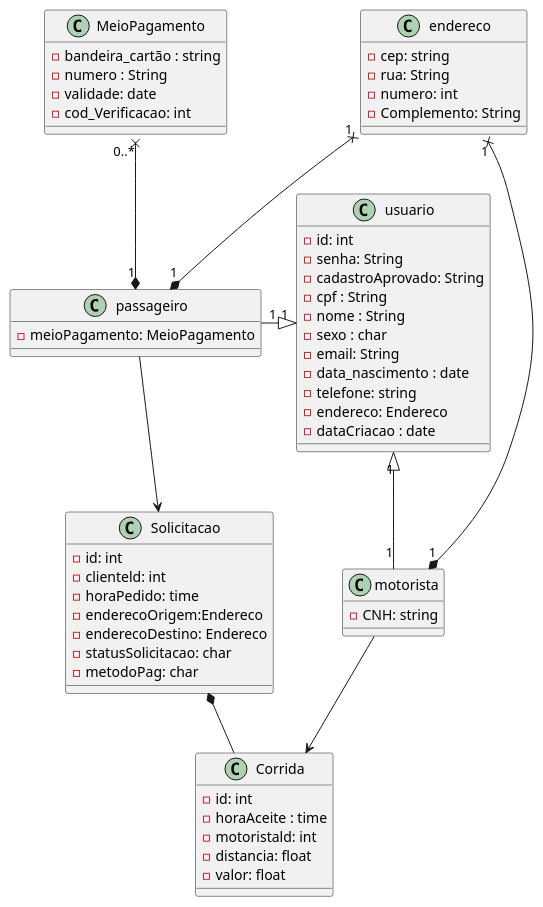
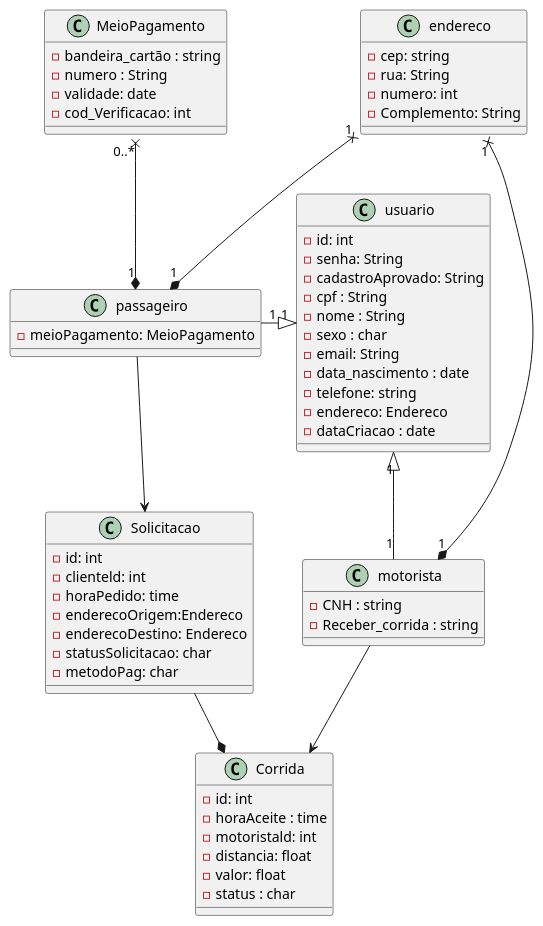
Before and after one commit to XMATHEUSX/UML: the diagram in Sprint_2/modeloConceitual.puml, drawn with PlantUML. The commit also changed 2 other files, not shown here.

```diff
--- a/Sprint_2/modeloConceitual.puml
+++ b/Sprint_2/modeloConceitual.puml
@@ -1,68 +1,69 @@
 @startuml
 class usuario {
 - id: int
 - senha: String 
 - cadastroAprovado: String
 - cpf : String
 - nome : String
 - sexo : char
 - email: String
 - data_nascimento : date
 - telefone: string
 - endereco: Endereco 
 - dataCriacao : date
 }
 class Solicitacao {
 - id: int
 - clienteld: int
 - horaPedido: time
 - enderecoOrigem:Endereco 
 - enderecoDestino: Endereco 
 - statusSolicitacao: char
 - metodoPag: char
 }
 
 
 class Corrida {
 - id: int
 - horaAceite : time
 - motoristald: int
 - distancia: float
 - valor: float
+- status : char
 }
 
-class motorista {
-- CNH: string 
+class motorista
+{
+- CNH : string
+- Receber_corrida : string
 }
-
 class passageiro
 {
 - meioPagamento: MeioPagamento
 }
 
 class endereco
 {
 - cep: string
 - rua: String
 - numero: int
 - Complemento: String
 }
 
 class MeioPagamento{
 - bandeira_cartão : string
 - numero : String
 - validade: date
 - cod_Verificacao: int
 }
 
 passageiro "1" *-up-x "0..*" MeioPagamento
 passageiro "1" *-up-x "1" endereco
 motorista "1" *-up-x "1" endereco
 usuario "1" <|-down- "1" motorista
 usuario "1" <|-right- "1" passageiro
 
 passageiro --> Solicitacao
 motorista --> Corrida
-Solicitacao *-- Corrida
-
+Solicitacao --* Corrida
 @enduml
```
